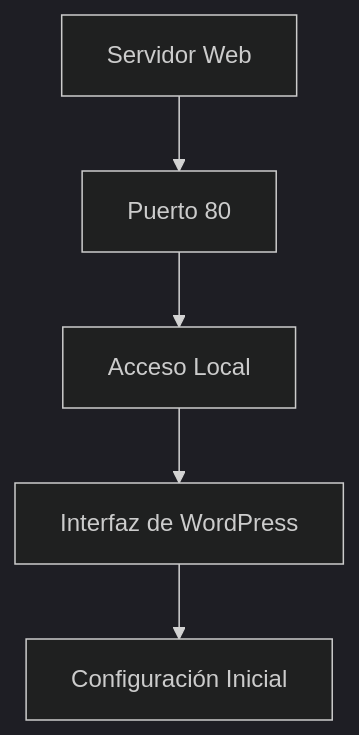
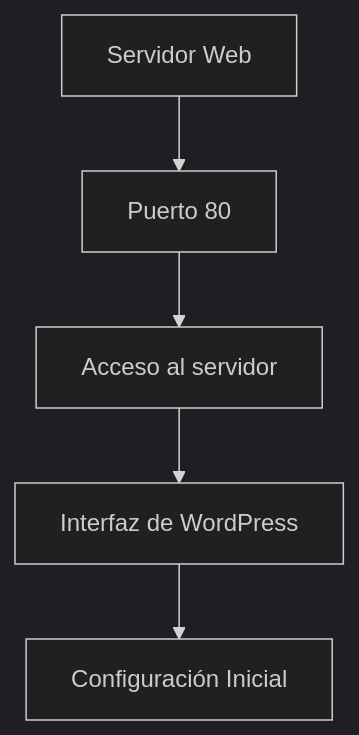
The eighth of 9 diagrams in _posts/2024-06-12-extra.md (mgrl39/Born2BeRoot), drawn with Mermaid (dark theme) before and after one commit. The commit also changed other lines of this file, not shown here.

````diff
--- a/_posts/2024-06-12-extra.md
+++ b/_posts/2024-06-12-extra.md
@@ -419,7 +419,7 @@
 ```mermaid
 graph TD
   A[Servidor Web] --> B[Puerto 80]
-  B --> C[Acceso Local]
+  B --> C[Acceso al servidor]
   C --> D[Interfaz de WordPress]
   D --> E[Configuración Inicial]
 ```
````
